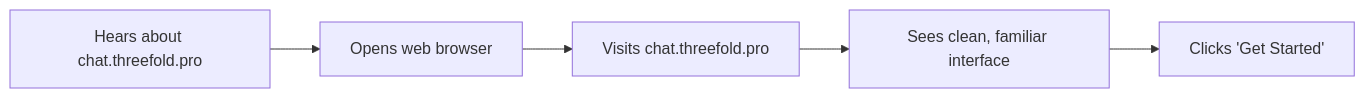
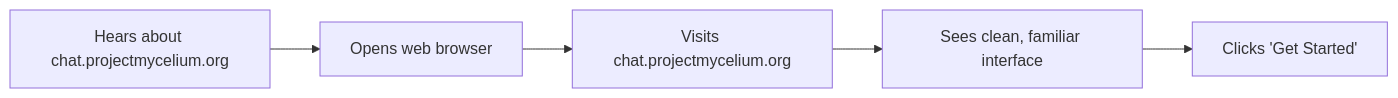
One commit to mik-tf/mycelium-matrix-chat changed the first of 8 diagrams in docs/dev/archive/USER_EXPERIENCE.md. Above: the diagram before and after it, drawn with Mermaid. The commit also changed other lines of this file and 13 other files, not shown here.

Commit message:
feat: Update domain references from chat.threefold.pro to chat.projectmycelium.org

````diff
--- a/docs/dev/archive/USER_EXPERIENCE.md
+++ b/docs/dev/archive/USER_EXPERIENCE.md
@@ -28,7 +28,7 @@
 ```mermaid
 graph LR
-    A[Hears about chat.threefold.pro] --> B[Opens web browser]
-    B --> C[Visits chat.threefold.pro]
+    A[Hears about chat.projectmycelium.org] --> B[Opens web browser]
+    B --> C[Visits chat.projectmycelium.org]
     C --> D[Sees clean, familiar interface]
     D --> E[Clicks 'Get Started']
 ```
````
